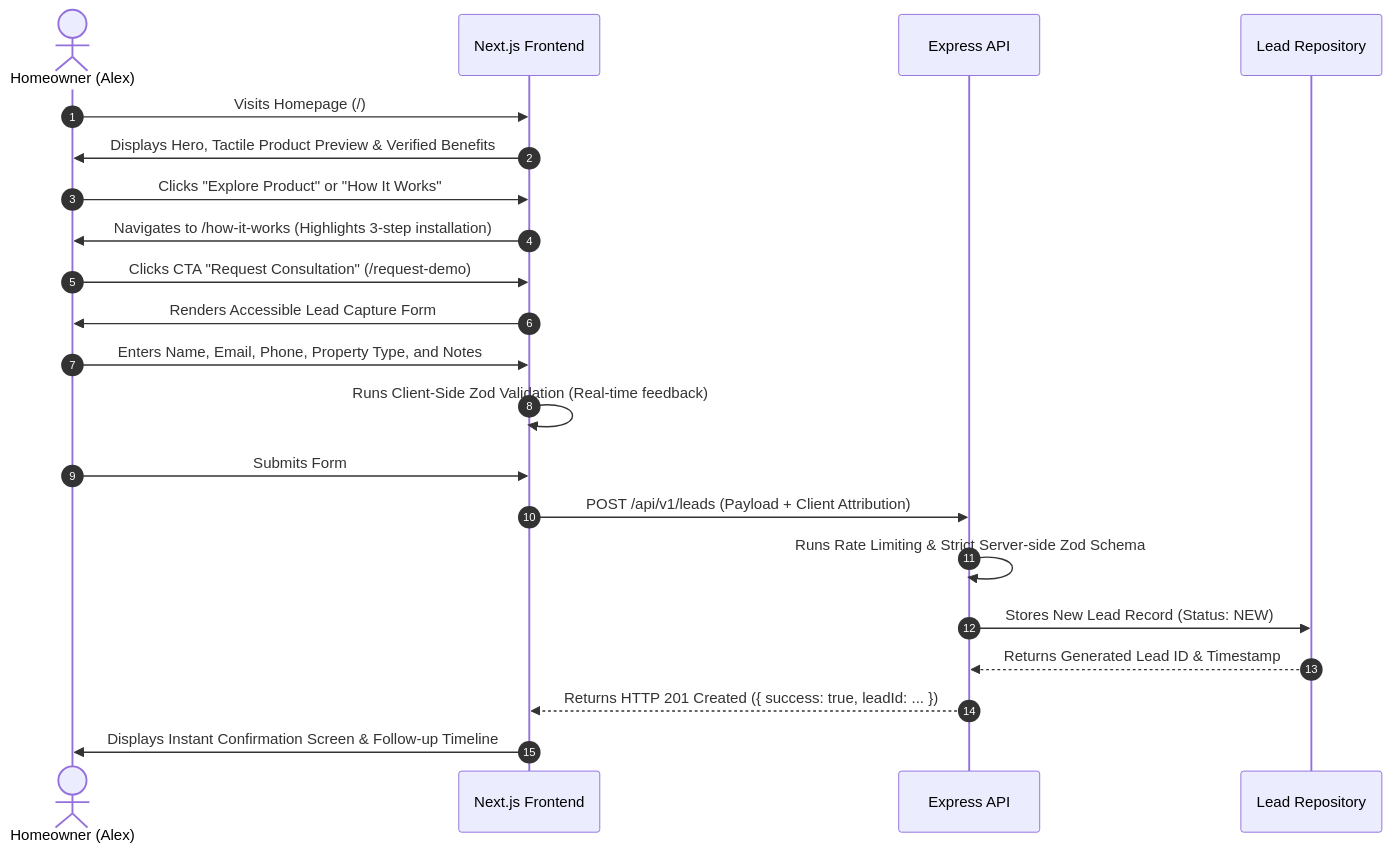
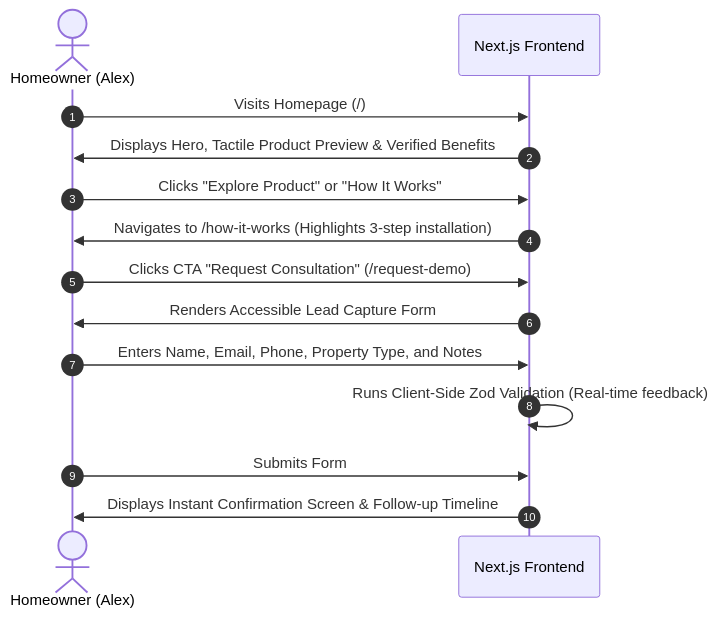
Before and after one commit to sahil-viradiya/smart-switch-web: the first of 3 diagrams in docs/user-flows.md, drawn with Mermaid. The commit also changed other lines of this file and 197 other files, not shown here.

Commit message:
feat: consolidate architecture, theme system, motion components, and marketing documentation

````diff
--- a/docs/user-flows.md
+++ b/docs/user-flows.md
@@ -19,24 +19,17 @@
 ```mermaid
 sequenceDiagram
     autonumber
     actor User as Homeowner (Alex)
     participant Web as Next.js Frontend
-    participant API as Express API
-    participant DB as Lead Repository
 
     User->>Web: Visits Homepage (/)
     Web->>User: Displays Hero, Tactile Product Preview & Verified Benefits
     User->>Web: Clicks "Explore Product" or "How It Works"
     Web->>User: Navigates to /how-it-works (Highlights 3-step installation)
     User->>Web: Clicks CTA "Request Consultation" (/request-demo)
     Web->>User: Renders Accessible Lead Capture Form
     User->>Web: Enters Name, Email, Phone, Property Type, and Notes
     Web->>Web: Runs Client-Side Zod Validation (Real-time feedback)
     User->>Web: Submits Form
-    Web->>API: POST /api/v1/leads (Payload + Client Attribution)
-    API->>API: Runs Rate Limiting & Strict Server-side Zod Schema
-    API->>DB: Stores New Lead Record (Status: NEW)
-    DB-->>API: Returns Generated Lead ID & Timestamp
-    API-->>Web: Returns HTTP 201 Created ({ success: true, leadId: ... })
     Web->>User: Displays Instant Confirmation Screen & Follow-up Timeline
 ```
````
